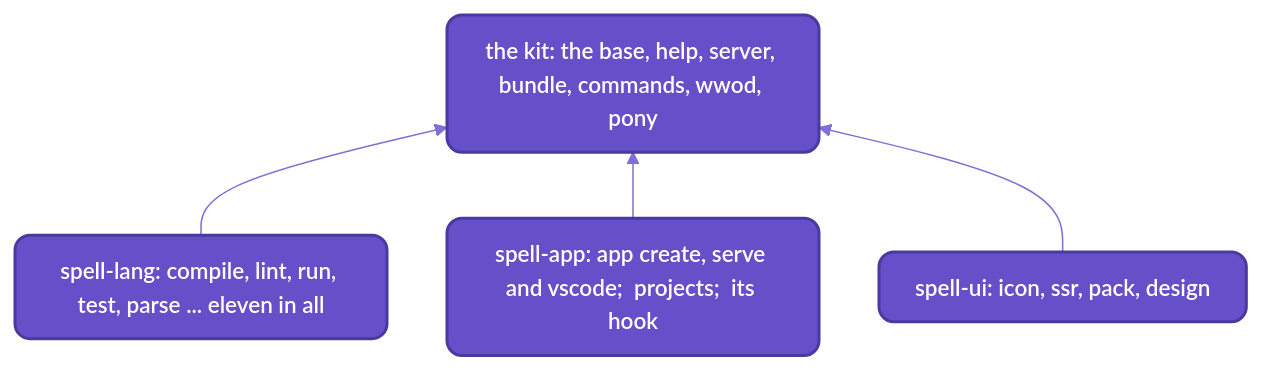
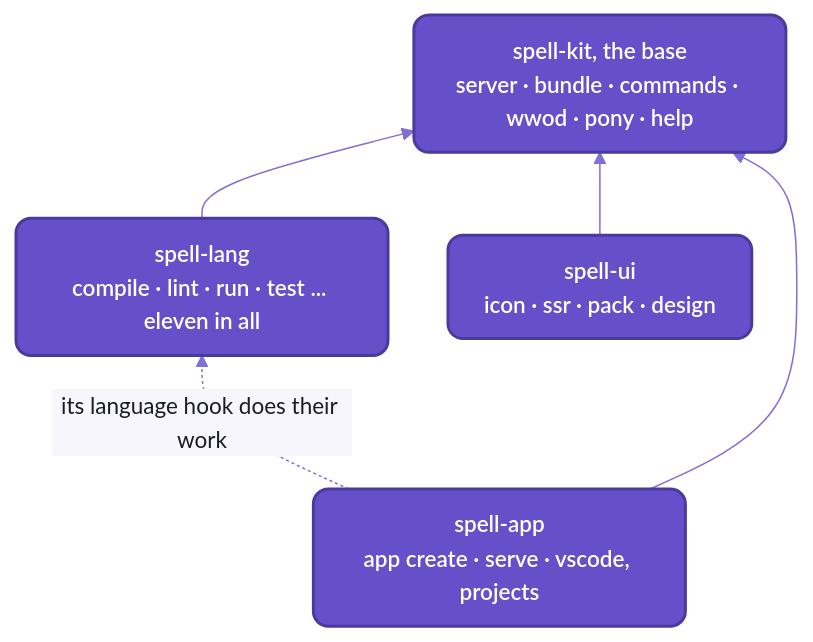
One commit to spell-app/spell changed the diagram in README-cli.md. Above: the diagram before and after it, drawn with Mermaid. The commit also changed other lines of this file and 12 other files, not shown here.

````diff
--- a/README-cli.md
+++ b/README-cli.md
@@ -13,12 +123,13 @@
 ```mermaid
 %%{init: {"theme":"base","themeVariables":{"fontFamily":"-apple-system, BlinkMacSystemFont, Segoe UI, Helvetica, Arial, sans-serif","fontSize":"15px","primaryColor":"#EFECFB","primaryBorderColor":"#6550CA","primaryTextColor":"#1A1C27","secondaryColor":"#F4F1E9","tertiaryColor":"#F7F6FC","lineColor":"#7F6FD6","textColor":"#7F6FD6","clusterBkg":"#F7F6FC","clusterBorder":"#B9B0E8","titleColor":"#1A1C27","edgeLabelBackground":"#F7F6FC","actorBkg":"#EFECFB","actorBorder":"#6550CA","actorTextColor":"#1A1C27","actorLineColor":"#9C90DE","signalColor":"#7F6FD6","signalTextColor":"#7F6FD6","labelBoxBkgColor":"#EFECFB","labelBoxBorderColor":"#6550CA","labelTextColor":"#1A1C27","loopTextColor":"#7F6FD6","noteBkgColor":"#F1E7D4","noteBorderColor":"#C9B48A","noteTextColor":"#1A1C27","activationBkgColor":"#DCD6F7","activationBorderColor":"#6550CA","sequenceNumberColor":"#FFFFFF"},"flowchart":{"curve":"basis","padding":12,"nodeSpacing":40,"rankSpacing":44}}}%%
 flowchart BT
-  base["the kit: the base, help, server, bundle, commands, wwod, pony"]
-  lang["spell-lang: compile, lint, run, test, parse ... eleven in all"] --> base
-  app["spell-app: app create, serve and vscode;  projects;  its hook"] --> base
-  ui["spell-ui: icon, ssr, pack, design"] --> base
+  base["spell-kit, the base<br/>server · bundle · commands · wwod · pony · help"]
+  lang["spell-lang<br/>compile · lint · run · test ... eleven in all"] --> base
+  ui["spell-ui<br/>icon · ssr · pack · design"] --> base
+  app["spell-app<br/>app create · serve · vscode, projects"] --> base
+  app -. "its language hook does their work" .-> lang
   %% the Spell look:  yarn mermaid:pretty
   classDef default fill:#EFECFB,stroke:#6550CA,stroke-width:1.5px,color:#1A1C27,rx:8px,ry:8px
   classDef repo fill:#6550CA,stroke:#4A3AA0,stroke-width:2px,color:#FFFFFF,rx:10px,ry:10px,font-weight:600
-  class base,lang,app,ui repo
+  class base,lang,ui,app repo
 ```
````
